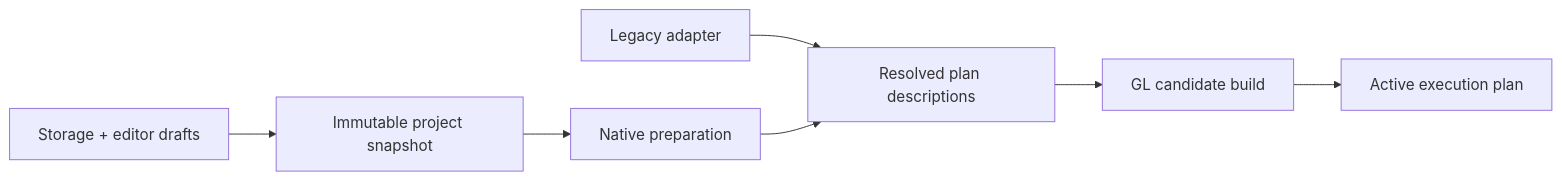
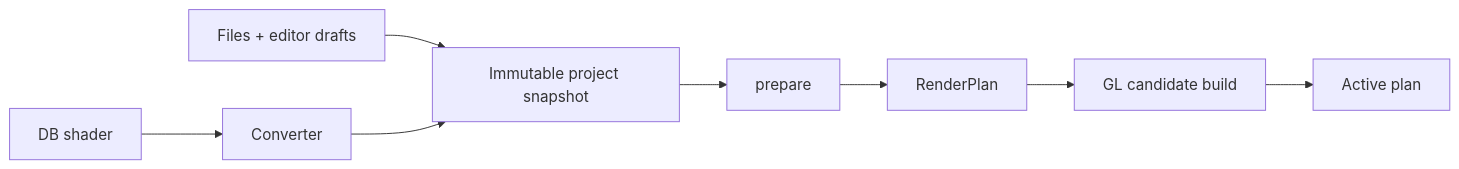
One commit to AntonPieper/ShaderEditor changed the diagram in docs/project-mode/ARCHITECTURE.md. Above: the diagram before and after it, drawn with Mermaid. The commit also changed other lines of this file and 9 other files, not shown here.

````diff
--- a/docs/project-mode/ARCHITECTURE.md
+++ b/docs/project-mode/ARCHITECTURE.md
@@ -7,9 +7,9 @@
 ```mermaid
 flowchart LR
-    A[Storage + editor drafts] --> B[Immutable project snapshot]
-    B --> C[Native preparation]
-    L[Legacy adapter] --> D[Resolved plan descriptions]
-    C --> D
+    A[Files + editor drafts] --> B[Immutable project snapshot]
+    DB[DB shader] --> K[Converter] --> B
+    B --> C[prepare]
+    C --> D[RenderPlan]
     D --> E[GL candidate build]
-    E --> F[Active execution plan]
+    E --> F[Active plan]
 ```
````
